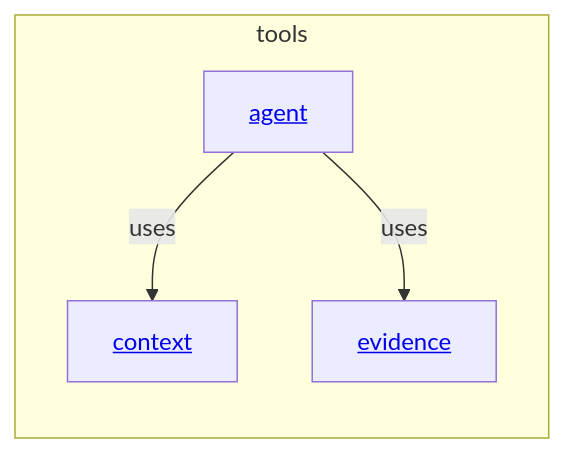
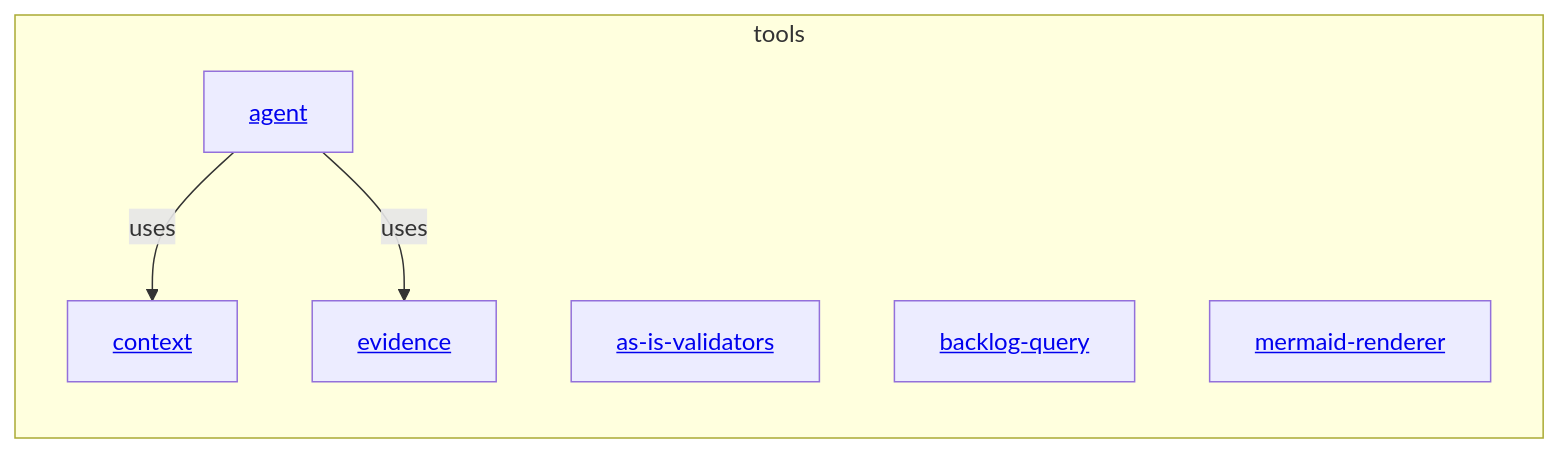
Before and after one commit to abstract-business-systems/as-is: the diagram in tools/as-is.md, drawn with Mermaid. The commit also changed other lines of this file and 9 other files, not shown here.

````diff
--- a/tools/as-is.md
+++ b/tools/as-is.md
@@ -19,11 +21,14 @@
 ```mermaid
 flowchart TB
     subgraph Tools["tools"]
         direction TB
         Agent["<a href='./agent/as-is.md#design'>agent</a>"]
         Context["<a href='./context/as-is.md#design'>context</a>"]
         Evidence["<a href='./evidence/as-is.md#design'>evidence</a>"]
+        AsIsValidators["<a href='./as-is-validators/as-is.md#design'>as-is-validators</a>"]
+        BacklogQuery["<a href='./backlog-query/as-is.md#design'>backlog-query</a>"]
+        MermaidRenderer["<a href='./mermaid-renderer/as-is.md#design'>mermaid-renderer</a>"]
         Agent -->|uses| Context
         Agent -->|uses| Evidence
     end
 ```
````
